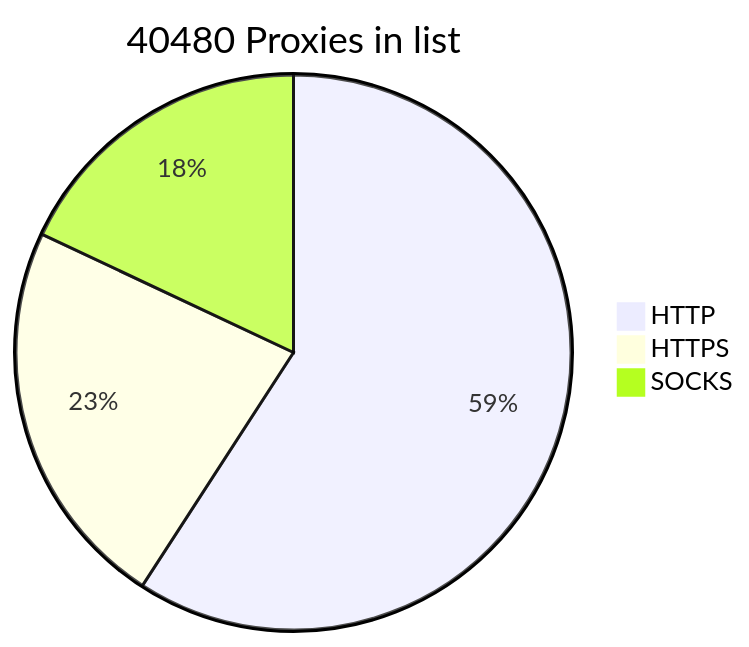
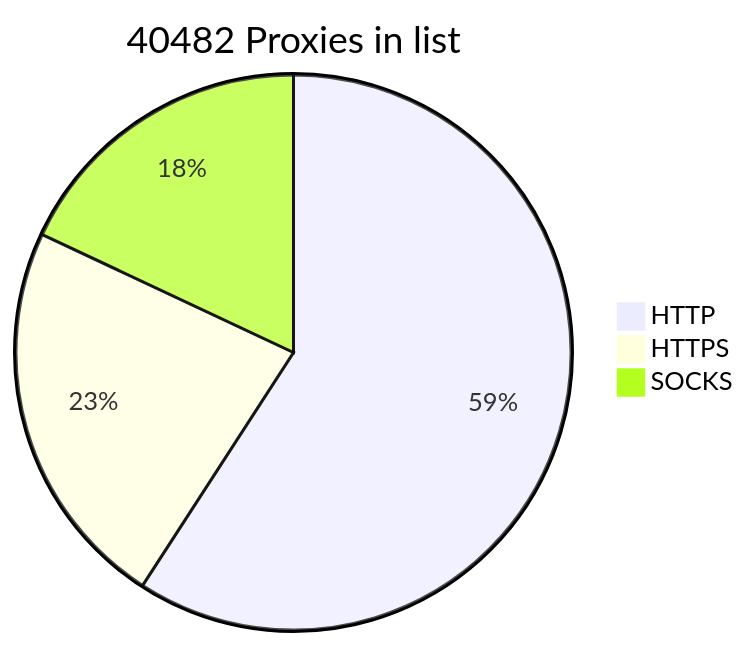
One commit to BlackSnowDot/proxylist-update-every-minute changed the diagram in README.md. Above: the diagram before and after it, drawn with Mermaid.

````diff
--- a/README.md
+++ b/README.md
@@ -2,6 +2,6 @@
 ```mermaid
-pie title 40480 Proxies in list
-    "HTTP" : 28213
+pie title 40482 Proxies in list
+    "HTTP" : 28211
     "HTTPS": 10895
-    "SOCKS" : 8589
+    "SOCKS" : 8591
 ```
````
